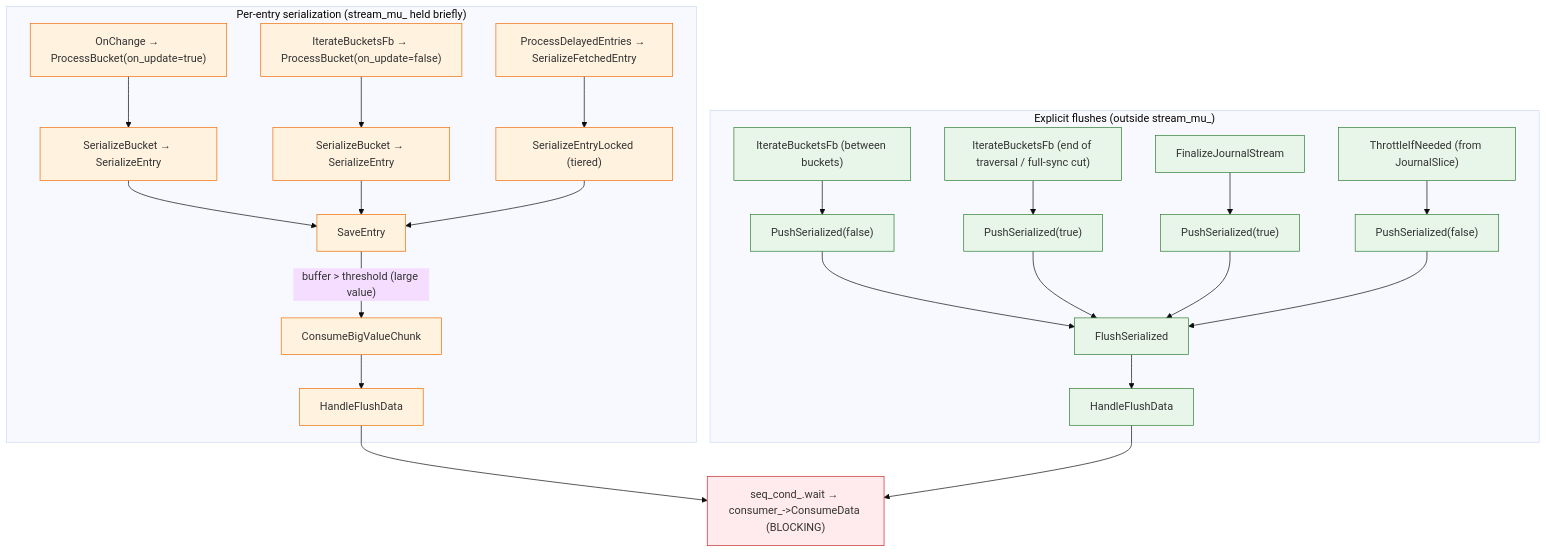
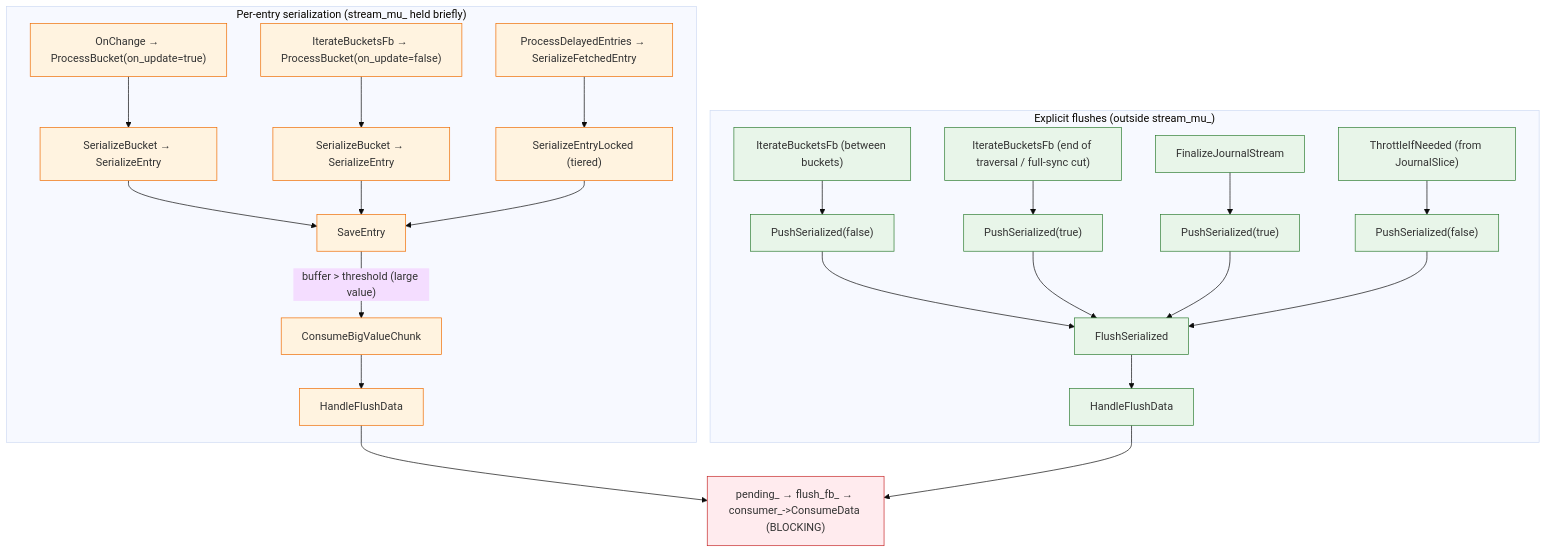
The second of 2 diagrams in docs/shard-serialization.md (dragonflydb/dragonfly), drawn with Mermaid (base theme) before and after one commit. The commit also changed other lines of this file and 5 other files, not shown here.

````diff
--- a/docs/shard-serialization.md
+++ b/docs/shard-serialization.md
@@ -536,35 +570,35 @@
 ```mermaid
 flowchart TD
   subgraph PERENTRY["Per-entry serialization (stream_mu_ held briefly)"]
     A1["OnChange → ProcessBucket(on_update=true)"] --> SBL1["SerializeBucket → SerializeEntry"]
     A2["IterateBucketsFb → ProcessBucket(on_update=false)"] --> SBL2["SerializeBucket → SerializeEntry"]
     A3["ProcessDelayedEntries → SerializeFetchedEntry"] --> SBL3["SerializeEntryLocked (tiered)"]
     SBL1 --> SE["SaveEntry"]
     SBL2 --> SE
     SBL3 --> SE
     SE -->|"buffer > threshold (large value)"| CBC["ConsumeBigValueChunk"]
     CBC --> HFD1[HandleFlushData]
   end
 
   subgraph EXPLICIT["Explicit flushes (outside stream_mu_)"]
     B1["IterateBucketsFb (between buckets)"] --> PS1["PushSerialized(false)"]
     B2["IterateBucketsFb (end of traversal / full-sync cut)"] --> PS2["PushSerialized(true)"]
     B3["FinalizeJournalStream"] --> PS3["PushSerialized(true)"]
     B4["ThrottleIfNeeded (from JournalSlice)"] --> PS4["PushSerialized(false)"]
     PS1 --> FS[FlushSerialized]
     PS2 --> FS
     PS3 --> FS
     PS4 --> FS
     FS --> HFD2[HandleFlushData]
   end
 
-  HFD1 --> BLOCK["seq_cond_.wait → consumer_->ConsumeData (BLOCKING)"]
+  HFD1 --> BLOCK["pending_ → flush_fb_ → consumer_->ConsumeData (BLOCKING)"]
   HFD2 --> BLOCK
 
   classDef perentry fill:#FFF3E0,stroke:#EF6C00;
   classDef explicit fill:#E8F5E9,stroke:#2E7D32;
   classDef block fill:#FFEBEE,stroke:#C62828;
   class A1,A2,A3,SBL1,SBL2,SBL3,SE,CBC,HFD1 perentry;
   class B1,B2,B3,B4,PS1,PS2,PS3,PS4,FS,HFD2 explicit;
   class BLOCK block;
 ```
````
